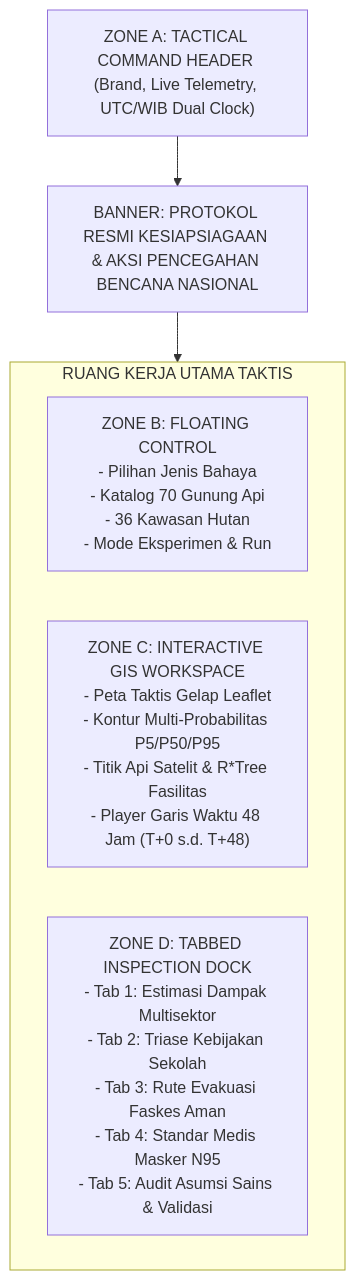
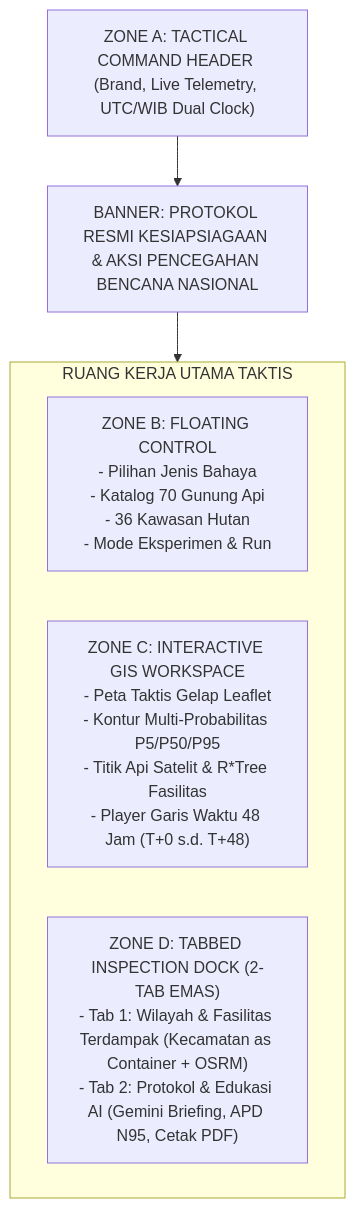
Before and after one commit to nyarikerja/JOINTS2026: the second of 2 diagrams in README.md, drawn with Mermaid. The commit also changed other lines of this file and 5 other files, not shown here.

Commit message:
docs: sinkronisasi lengkap arsitektur 2-tab, rute OSRM, spesifikasi API, dan panduan data

````diff
--- a/README.md
+++ b/README.md
@@ -235,15 +229,15 @@
 ```mermaid
 flowchart TB
     ZA["ZONE A: TACTICAL COMMAND HEADER (Brand, Live Telemetry, UTC/WIB Dual Clock)"]
     STRIP["BANNER: PROTOKOL RESMI KESIAPSIAGAAN & AKSI PENCEGAHAN BENCANA NASIONAL"]
 
     subgraph CoreWorkspace["RUANG KERJA UTAMA TAKTIS"]
         direction LR
         ZB["ZONE B: FLOATING CONTROL<br/>- Pilihan Jenis Bahaya<br/>- Katalog 70 Gunung Api<br/>- 36 Kawasan Hutan<br/>- Mode Eksperimen & Run"]
         ZC["ZONE C: INTERACTIVE GIS WORKSPACE<br/>- Peta Taktis Gelap Leaflet<br/>- Kontur Multi-Probabilitas P5/P50/P95<br/>- Titik Api Satelit & R*Tree Fasilitas<br/>- Player Garis Waktu 48 Jam (T+0 s.d. T+48)"]
-        ZD["ZONE D: TABBED INSPECTION DOCK<br/>- Tab 1: Estimasi Dampak Multisektor<br/>- Tab 2: Triase Kebijakan Sekolah<br/>- Tab 3: Rute Evakuasi Faskes Aman<br/>- Tab 4: Standar Medis Masker N95<br/>- Tab 5: Audit Asumsi Sains & Validasi"]
+        ZD["ZONE D: TABBED INSPECTION DOCK (2-TAB EMAS)<br/>- Tab 1: Wilayah & Fasilitas Terdampak (Kecamatan as Container + OSRM)<br/>- Tab 2: Protokol & Edukasi AI (Gemini Briefing, APD N95, Cetak PDF)"]
     end
 
     ZA --> STRIP
     STRIP --> CoreWorkspace
 ```
````
